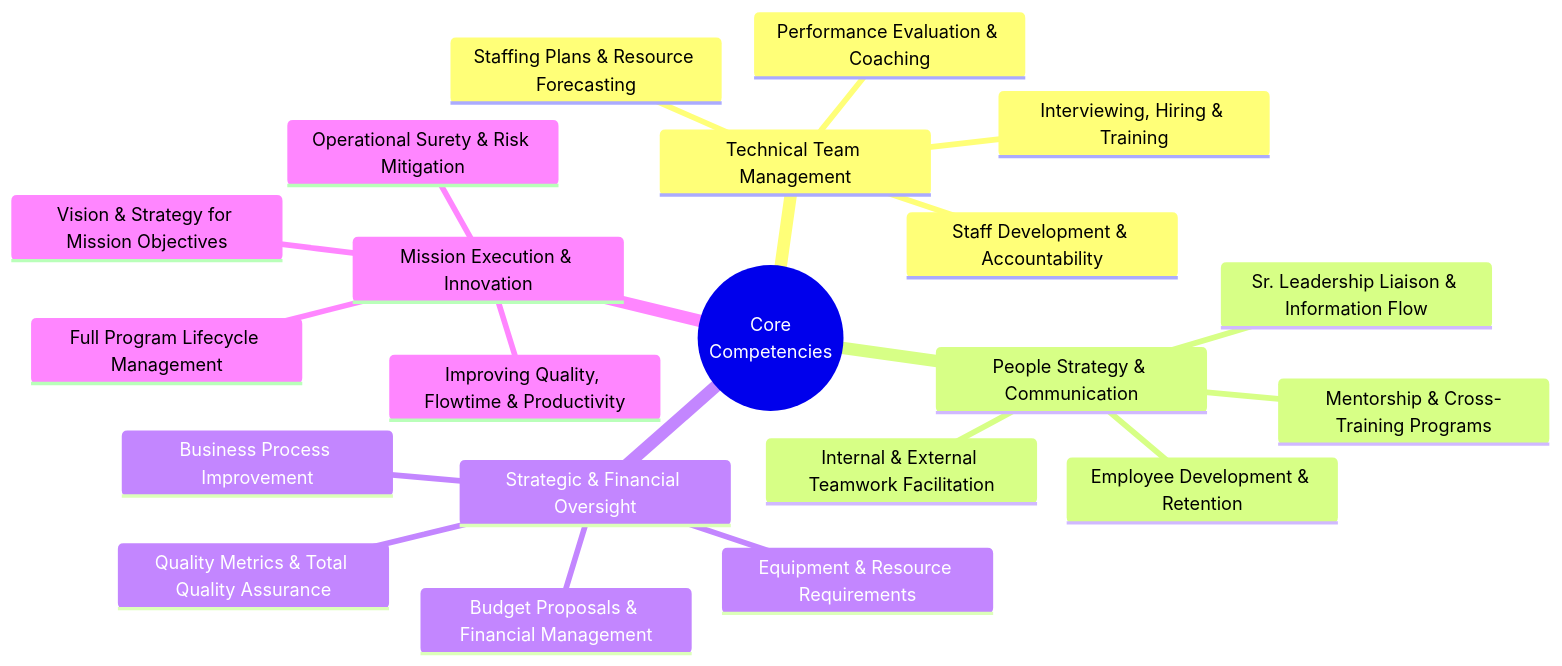
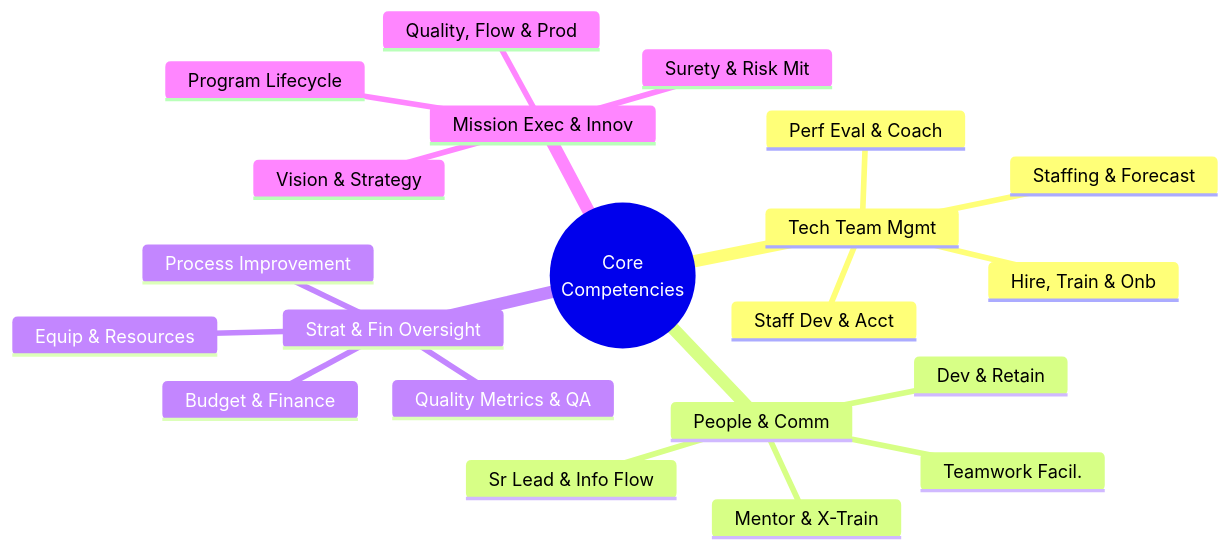
One commit to EE-EDK/Ethan-D-Kunz-Resume-2025 changed the first of 7 diagrams in Ethan-Kunz-Resume-TechManager.md. Above: the diagram before and after it, drawn with Mermaid. The commit also changed other lines of this file and 1 other file, not shown here.

````diff
--- a/Ethan-Kunz-Resume-TechManager.md
+++ b/Ethan-Kunz-Resume-TechManager.md
@@ -17,24 +9,24 @@
 ```mermaid
 mindmap
   root((Core<br/>Competencies))
-    Technical Team Management
-      Staff Development & Accountability
-      Staffing Plans & Resource Forecasting
-      Interviewing, Hiring & Training
-      Performance Evaluation & Coaching
-    People Strategy & Communication
-      Employee Development & Retention
-      Mentorship & Cross-Training Programs
-      Internal & External Teamwork Facilitation
-      Sr. Leadership Liaison & Information Flow
-    Strategic & Financial Oversight
-      Budget Proposals & Financial Management
-      Equipment & Resource Requirements
-      Business Process Improvement
-      Quality Metrics & Total Quality Assurance
-    Mission Execution & Innovation
-      Vision & Strategy for Mission Objectives
-      Full Program Lifecycle Management
-      Improving Quality, Flowtime & Productivity
-      Operational Surety & Risk Mitigation
+    Tech Team Mgmt
+      Staff Dev & Acct
+      Staffing & Forecast
+      Hire, Train & Onb
+      Perf Eval & Coach
+    People & Comm
+      Dev & Retain
+      Mentor & X-Train
+      Teamwork Facil.
+      Sr Lead & Info Flow
+    Strat & Fin Oversight
+      Budget & Finance
+      Equip & Resources
+      Process Improvement
+      Quality Metrics & QA
+    Mission Exec & Innov
+      Vision & Strategy
+      Program Lifecycle
+      Quality, Flow & Prod
+      Surety & Risk Mit
 ```
````
